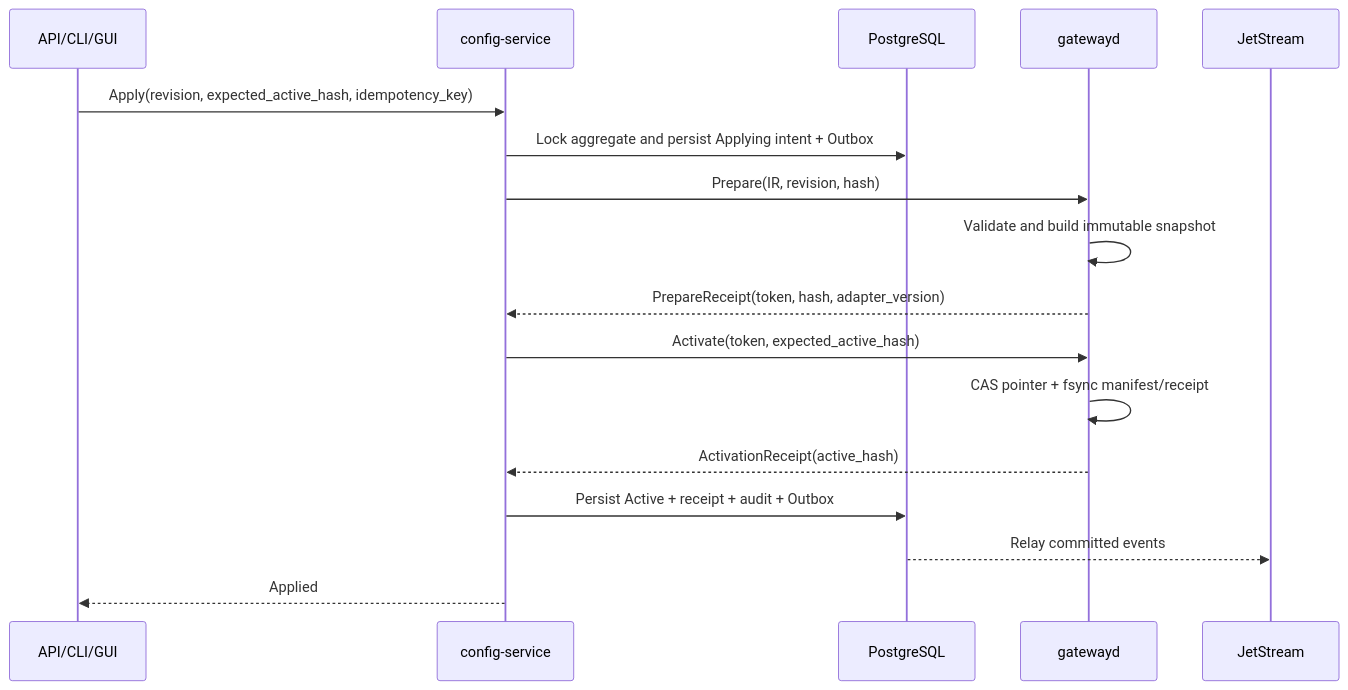
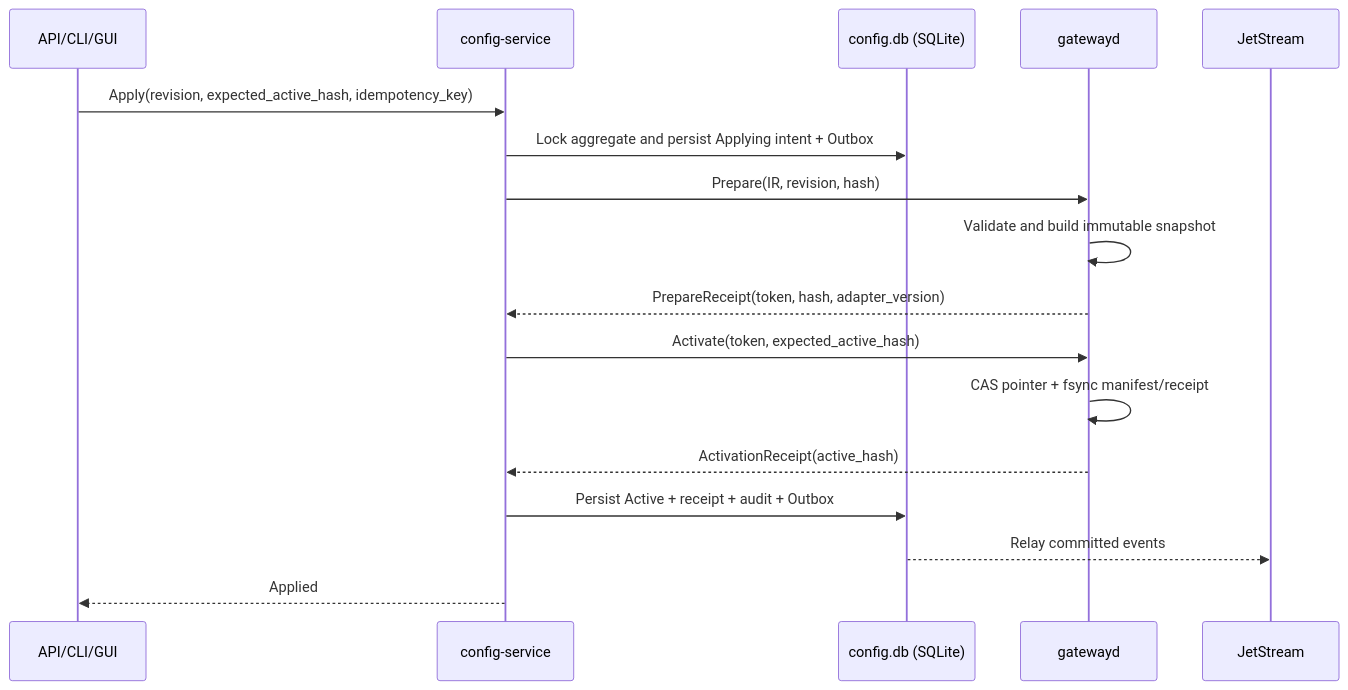
One commit to eltavine/pingora-panel changed the sixth of 8 diagrams in PRODUCT_SPEC.md. Above: the diagram before and after it, drawn with Mermaid. The commit also changed other lines of this file and 40 other files, not shown here.

First line of the commit message:
Remove PostgreSQL

````diff
--- a/PRODUCT_SPEC.md
+++ b/PRODUCT_SPEC.md
@@ -453,20 +453,20 @@
 ```mermaid
 sequenceDiagram
     participant U as API/CLI/GUI
     participant C as config-service
-    participant D as PostgreSQL
+    participant D as config.db (SQLite)
     participant G as gatewayd
     participant E as JetStream
 
     U->>C: Apply(revision, expected_active_hash, idempotency_key)
     C->>D: Lock aggregate and persist Applying intent + Outbox
     C->>G: Prepare(IR, revision, hash)
     G->>G: Validate and build immutable snapshot
     G-->>C: PrepareReceipt(token, hash, adapter_version)
     C->>G: Activate(token, expected_active_hash)
     G->>G: CAS pointer + fsync manifest/receipt
     G-->>C: ActivationReceipt(active_hash)
     C->>D: Persist Active + receipt + audit + Outbox
     D-->>E: Relay committed events
     C-->>U: Applied
 ```
````
